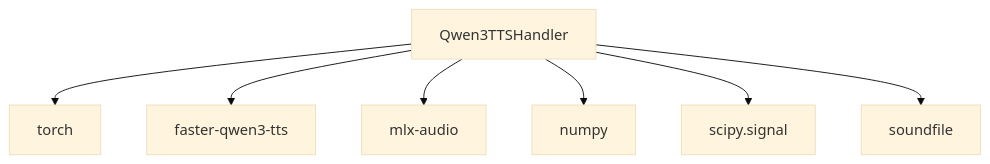
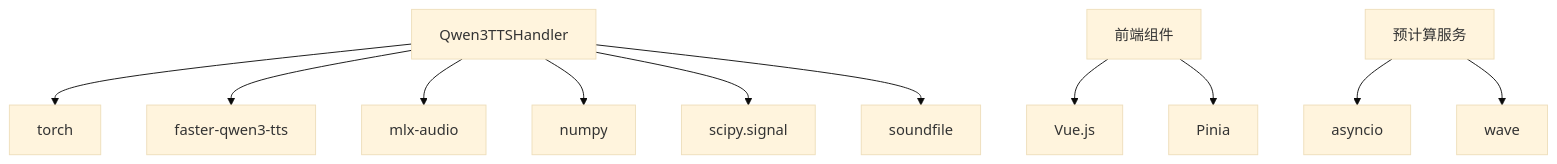
The seventh of 13 diagrams in .qoder/repowiki/zh/content/文字转语音 (TTS)/Qwen3-TTS 引擎.md (joezxh/speech-to-speech), drawn with Mermaid (base theme) before and after one commit. The commit also changed other lines of this file and 1743 other files, not shown here.

````diff
--- a/.qoder/repowiki/zh/content/文字转语音 (TTS)/Qwen3-TTS 引擎.md
+++ b/.qoder/repowiki/zh/content/文字转语音 (TTS)/Qwen3-TTS 引擎.md
@@ -243,9 +296,13 @@
 ```mermaid
 graph TB
 QTH["Qwen3TTSHandler"] --> Torch["torch"]
 QTH --> Faster["faster-qwen3-tts"]
 QTH --> MLX["mlx-audio"]
 QTH --> Numpy["numpy"]
 QTH --> Scipy["scipy.signal"]
 QTH --> Soundfile["soundfile"]
+Frontend["前端组件"] --> Vue["Vue.js"]
+Frontend --> Pinia["Pinia"]
+Backend["预计算服务"] --> Asyncio["asyncio"]
+Backend --> Wave["wave"]
 ```
````
